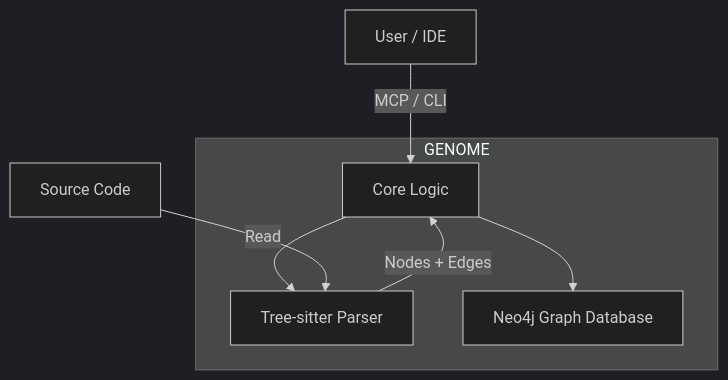
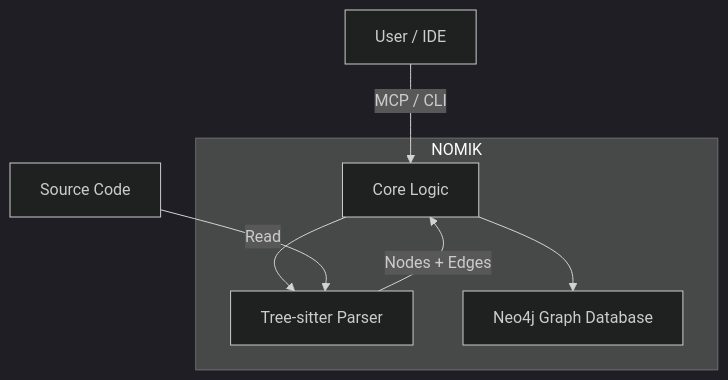
One commit to willFreed1/nomik changed the diagram in documentations/technical/OVERVIEW.md. Above: the diagram before and after it, drawn with Mermaid (dark theme). The commit also changed other lines of this file and 77 other files, not shown here.

````diff
--- a/documentations/technical/OVERVIEW.md
+++ b/documentations/technical/OVERVIEW.md
@@ -9,14 +9,14 @@
 ```mermaid
 graph TD
     User[User / IDE] -->|MCP / CLI| Core
-    subgraph GENOME
+    subgraph NOMIK
         Core[Core Logic]
         Parser[Tree-sitter Parser]
         Graph[Neo4j Graph Database]
         
         Core --> Parser
         Core --> Graph
         Parser -->|Nodes + Edges| Core
     end
     Source[Source Code] -->|Read| Parser
 ```
````
